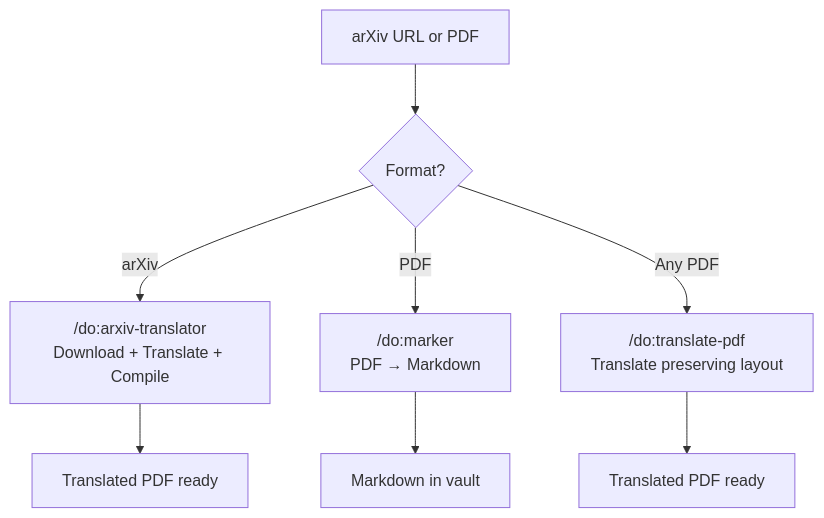
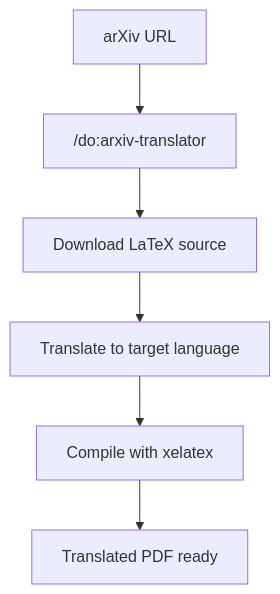
One commit to dull-bird/DeepOrbit changed the sixth of 6 diagrams in README.md. Above: the diagram before and after it, drawn with Mermaid. The commit also changed other lines of this file and 1 other file, not shown here.

Commit message:
feat: Add Chinese documentation, update the project description in the English README, and remove `marker` and `translate-pdf` tools.

````diff
--- a/README.md
+++ b/README.md
@@ -190,10 +187,8 @@
 ```mermaid
 flowchart TD
-    A["arXiv URL or PDF"] --> B{Format?}
-    B -->|arXiv| C["/do:arxiv-translator<br/>Download + Translate + Compile"]
-    B -->|PDF| D["/do:marker<br/>PDF → Markdown"]
-    B -->|Any PDF| E["/do:translate-pdf<br/>Translate preserving layout"]
-    C --> F["Translated PDF ready"]
-    D --> G["Markdown in vault"]
-    E --> H["Translated PDF ready"]
+    A["arXiv URL"] --> B["/do:arxiv-translator"]
+    B --> C["Download LaTeX source"]
+    C --> D["Translate to target language"]
+    D --> E["Compile with xelatex"]
+    E --> F["Translated PDF ready"]
 ```
````
